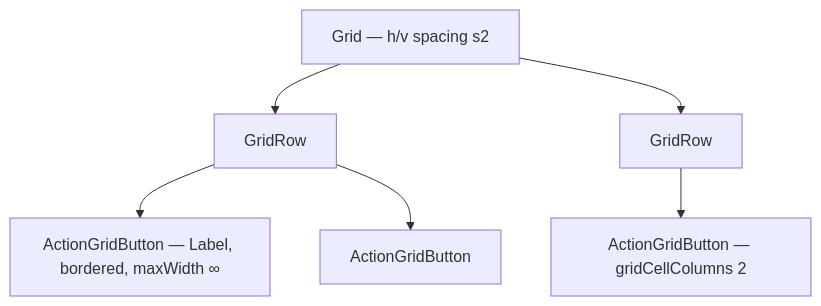
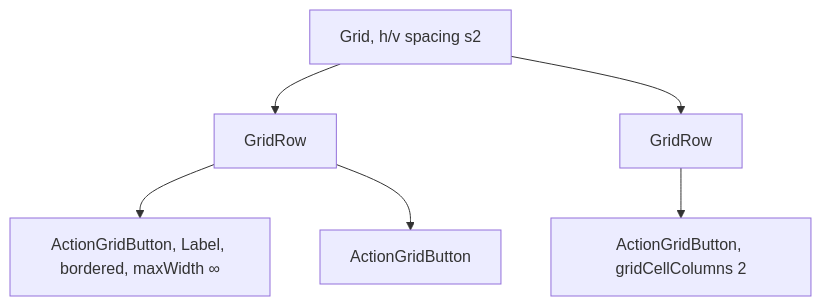
One commit to MrDemonWolf/WolfWave changed the diagram in design-system/components/action-grid.md. Above: the diagram before and after it, drawn with Mermaid. The commit also changed other lines of this file and 152 other files, not shown here.

````diff
--- a/design-system/components/action-grid.md
+++ b/design-system/components/action-grid.md
@@ -39,8 +39,8 @@
 ```mermaid
 graph TD
-  Grid[Grid — h/v spacing s2] --> Row1[GridRow]
+  Grid[Grid, h/v spacing s2] --> Row1[GridRow]
   Grid --> Row2[GridRow]
-  Row1 --> Btn1[ActionGridButton — Label, bordered, maxWidth ∞]
+  Row1 --> Btn1[ActionGridButton, Label, bordered, maxWidth ∞]
   Row1 --> Btn2[ActionGridButton]
-  Row2 --> Btn3[ActionGridButton — gridCellColumns 2]
+  Row2 --> Btn3[ActionGridButton, gridCellColumns 2]
 ```
````
